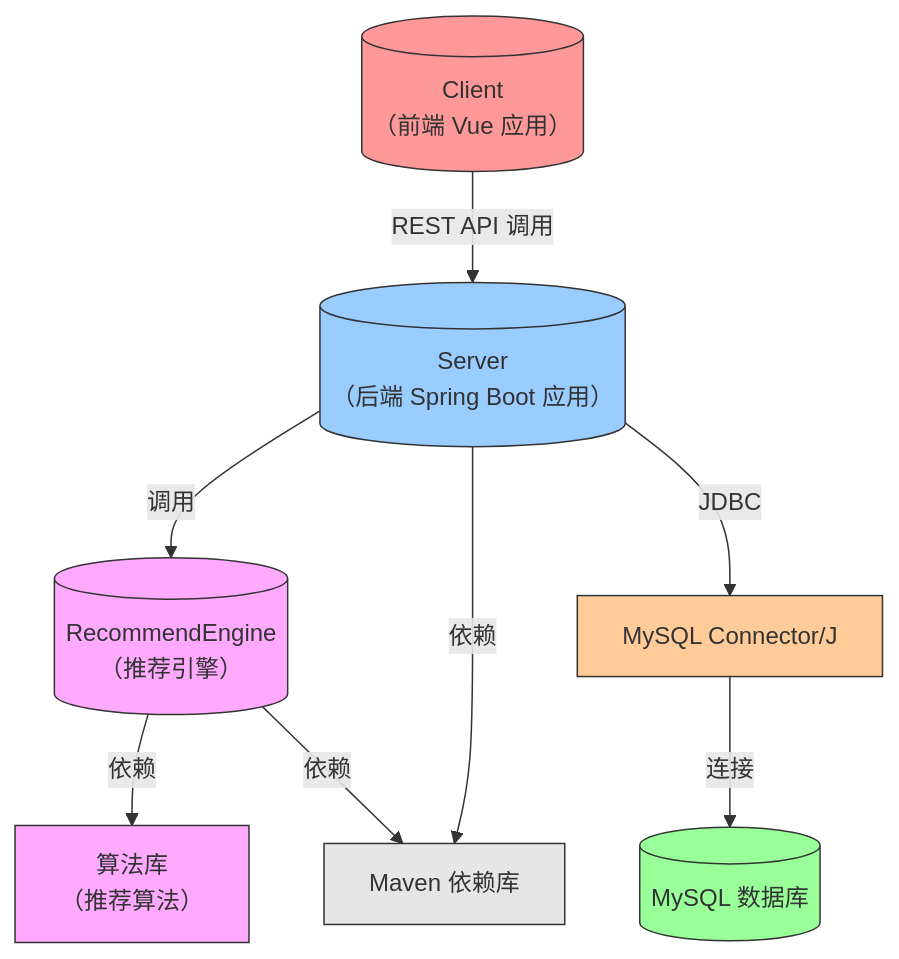
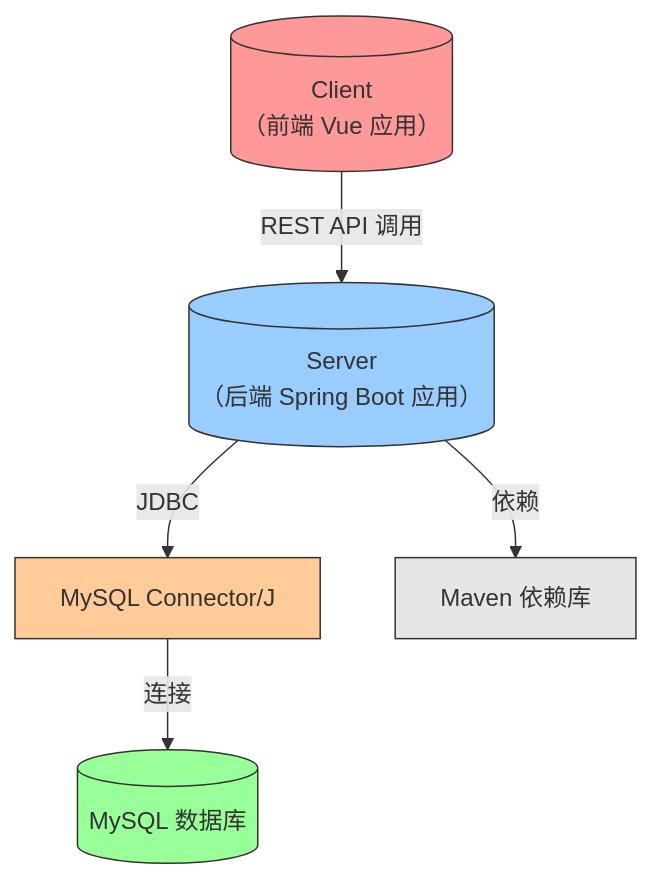
One commit to pilgrimlyieu/Tomato-Bookstore changed the third of 4 diagrams in docs/lab/architecture-design.md. Above: the diagram before and after it, drawn with Mermaid. The commit also changed other lines of this file and 15 other files, not shown here.

````diff
--- a/docs/lab/architecture-design.md
+++ b/docs/lab/architecture-design.md
@@ -272,28 +265,22 @@
 ```mermaid
 graph TD
     %% 节点定义
     Client[("Client<br>（前端 Vue 应用）")]:::frontend
     Server[("Server<br>（后端 Spring Boot 应用）")]:::backend
-    RecommendEngine[("RecommendEngine<br>（推荐引擎）")]:::algorithm
     DBDriver["MySQL Connector/J"]:::middleware
     MavenDeps["Maven 依赖库"]:::dependency
-    AlgorithmLibs["算法库<br>（推荐算法）"]:::algorithm
     MySQLDB[(MySQL 数据库)]:::database
 
     %% 连接关系
     Client -- "REST API 调用" --> Server
-    Server -- "调用" --> RecommendEngine
     Server -- "JDBC" --> DBDriver
     Server -- "依赖" --> MavenDeps
-    RecommendEngine -- "依赖" --> AlgorithmLibs
-    RecommendEngine -- "依赖" --> MavenDeps
     DBDriver -- "连接" --> MySQLDB
 
     %% 样式定义
     classDef frontend fill:#ff9999,stroke:#333,stroke-width:1px;
     classDef backend fill:#99ccff,stroke:#333,stroke-width:1px;
-    classDef algorithm fill:#ffaaff,stroke:#333,stroke-width:1px;
     classDef middleware fill:#ffcc99,stroke:#333,stroke-width:1px;
     classDef dependency fill:#e6e6e6,stroke:#333,stroke-width:1px;
     classDef database fill:#99ff99,stroke:#333,stroke-width:1px;
 ```
````
